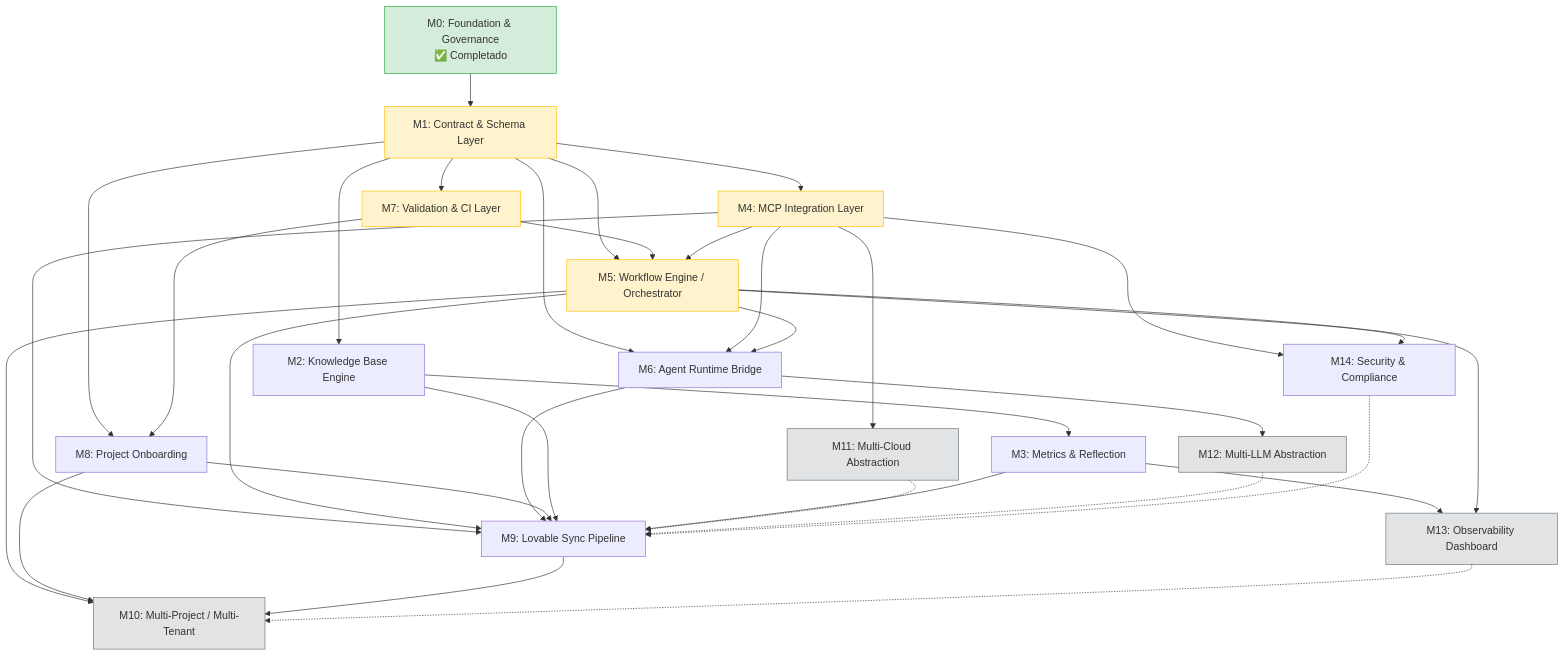
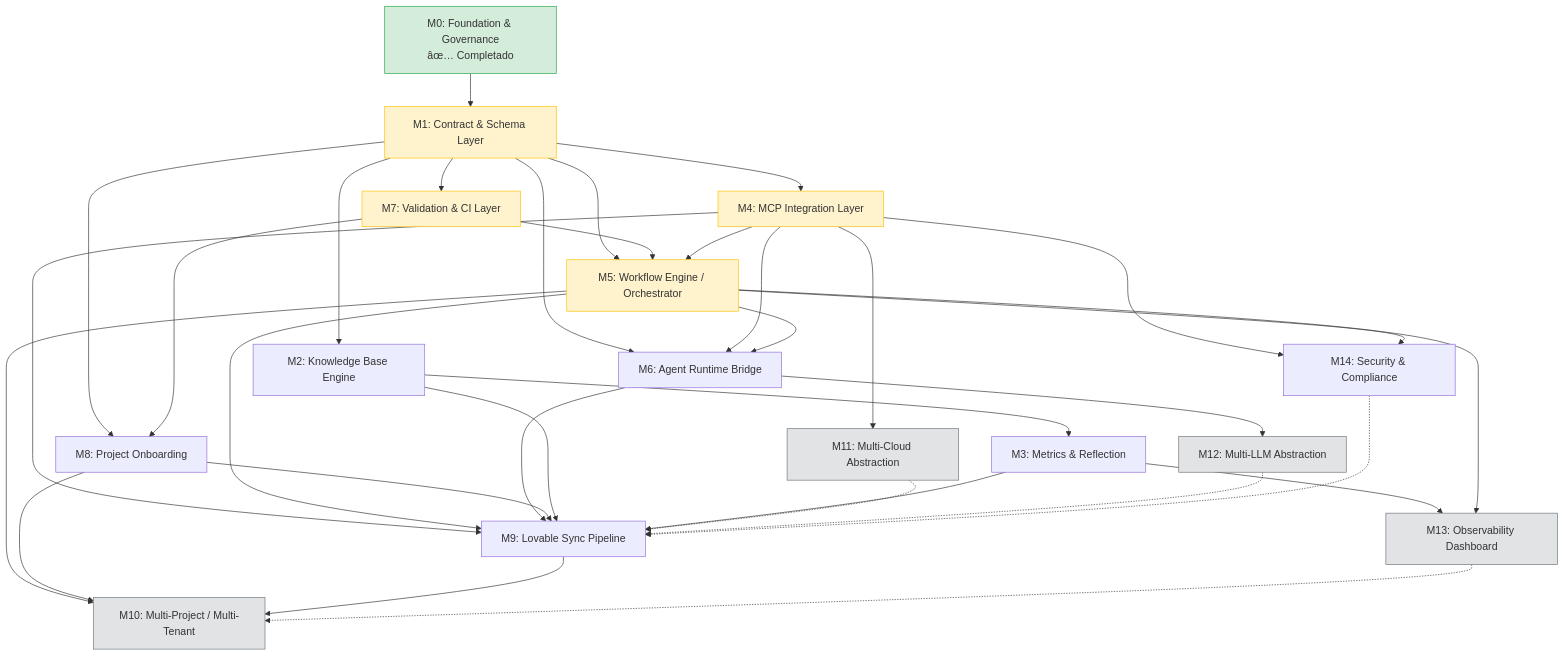
One commit to arodriguez-novusintelligence/NovusAIDevelopmentFramework changed the diagram in docs/roadmap.md. Above: the diagram before and after it, drawn with Mermaid. The commit also changed other lines of this file and 261 other files, not shown here.

````diff
--- a/docs/roadmap.md
+++ b/docs/roadmap.md
@@ -424,69 +424,69 @@
 ```mermaid
 flowchart TD
-    M0[M0: Foundation & Governance<br/>✅ Completado]
+    M0[M0: Foundation & Governance<br/>âœ… Completado]
 
     M1[M1: Contract & Schema Layer]
     M7[M7: Validation & CI Layer]
     M4[M4: MCP Integration Layer]
     M2[M2: Knowledge Base Engine]
     M3[M3: Metrics & Reflection]
     M5[M5: Workflow Engine / Orchestrator]
     M6[M6: Agent Runtime Bridge]
     M8[M8: Project Onboarding]
     M9[M9: Lovable Sync Pipeline]
     M10[M10: Multi-Project / Multi-Tenant]
     M11[M11: Multi-Cloud Abstraction]
     M12[M12: Multi-LLM Abstraction]
     M13[M13: Observability Dashboard]
     M14[M14: Security & Compliance]
 
     M0 --> M1
     M1 --> M7
     M1 --> M2
     M1 --> M4
     M1 --> M5
     M1 --> M6
     M1 --> M8
 
     M7 --> M8
     M7 --> M5
 
     M2 --> M3
     M3 --> M13
 
     M4 --> M5
     M4 --> M6
     M4 --> M9
     M4 --> M11
     M4 --> M14
 
     M5 --> M6
     M5 --> M9
     M5 --> M10
     M5 --> M13
     M5 --> M14
 
     M6 --> M9
     M6 --> M12
 
     M8 --> M9
     M8 --> M10
 
     M2 --> M9
     M3 --> M9
 
     M9 --> M10
 
     M11 -.-> M9
     M12 -.-> M9
     M13 -.-> M10
     M14 -.-> M9
 
     classDef done fill:#d4edda,stroke:#28a745
     classDef critical fill:#fff3cd,stroke:#ffc107
     classDef future fill:#e2e3e5,stroke:#6c757d
 
     class M0 done
     class M1,M4,M5,M7 critical
     class M10,M11,M12,M13 future
 ```
````
